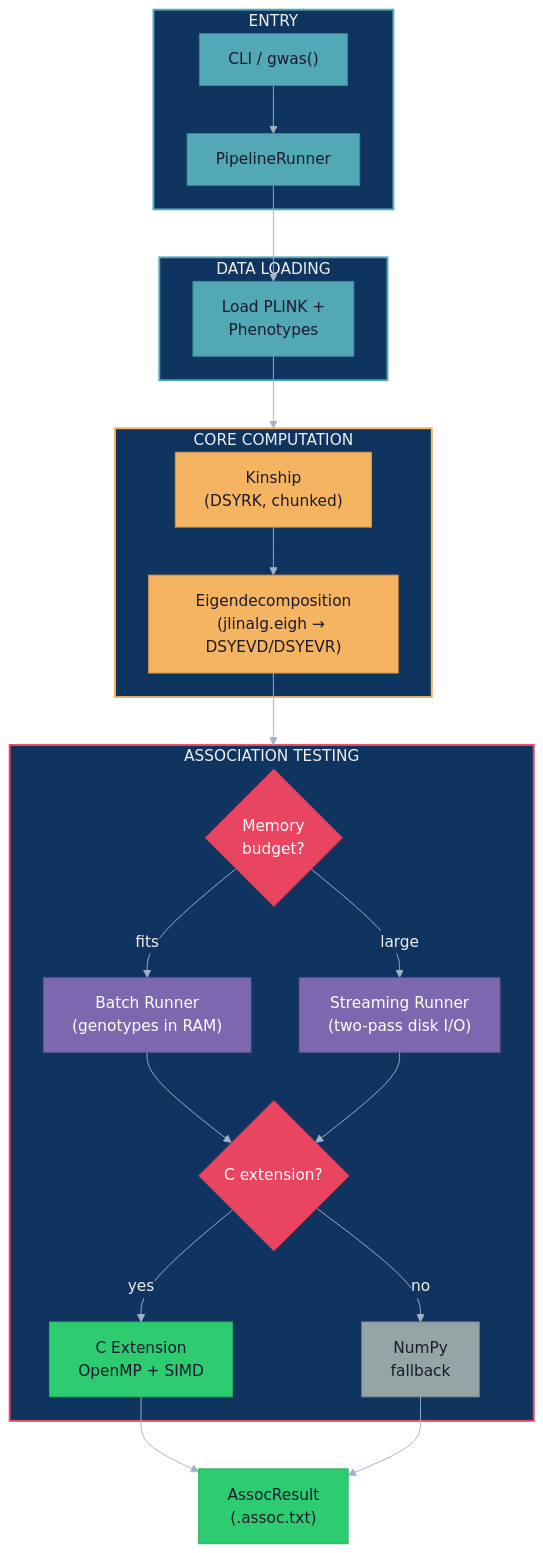
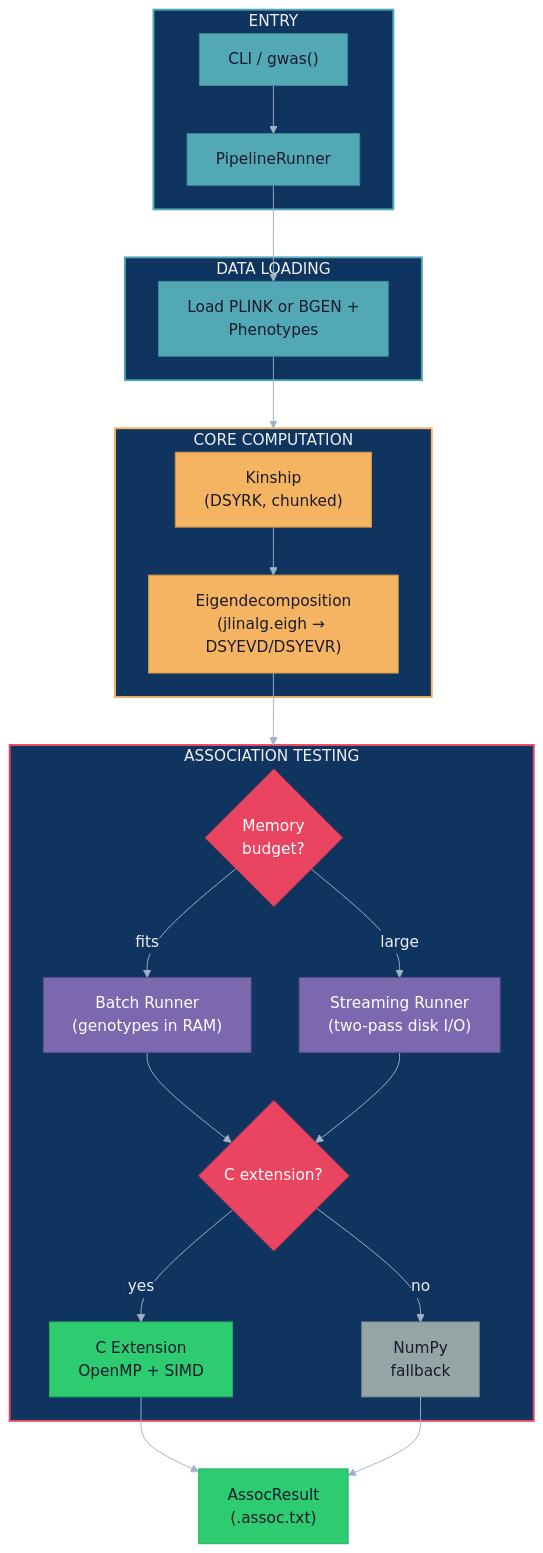
Before and after one commit to michael-denyer/jamma: the diagram in README.md, drawn with Mermaid. The commit also changed other lines of this file and 11 other files, not shown here.

````diff
--- a/README.md
+++ b/README.md
@@ -258,69 +259,69 @@
 ```mermaid
 ---
 config:
   theme: base
   themeVariables:
     lineColor: "#9fb3c8"
     primaryTextColor: "#eeeeee"
     edgeLabelBackground: "#0f3460"
 ---
 flowchart TD
     subgraph ENTRY["ENTRY"]
         CLI["CLI / gwas()"]
         PIPE["PipelineRunner"]
         CLI --> PIPE
     end
 
     subgraph IO["DATA LOADING"]
-        LOAD["Load PLINK +<br/>Phenotypes"]
+        LOAD["Load PLINK or BGEN +<br/>Phenotypes"]
     end
 
     subgraph CORE["CORE COMPUTATION"]
         KIN["Kinship<br/>(DSYRK, chunked)"]
         EIG["Eigendecomposition<br/>(jlinalg.eigh → DSYEVD/DSYEVR)"]
         KIN --> EIG
     end
 
     subgraph ASSOC["ASSOCIATION TESTING"]
         MEM{"Memory<br/>budget?"}
         NP["Batch Runner<br/>(genotypes in RAM)"]
         NPS["Streaming Runner<br/>(two-pass disk I/O)"]
         CEXT{"C extension?"}
         C["C Extension<br/>OpenMP + SIMD"]
         PY["NumPy<br/>fallback"]
         MEM -->|fits| NP
         MEM -->|large| NPS
         NP --> CEXT
         NPS --> CEXT
         CEXT -->|yes| C
         CEXT -->|no| PY
     end
 
     RES["AssocResult<br/>(.assoc.txt)"]
 
     PIPE --> LOAD --> CORE
     EIG --> ASSOC
     C --> RES
     PY --> RES
 
     style ENTRY fill:#0f3460,stroke:#53a8b6,color:#eee,stroke-width:2px
     style IO fill:#0f3460,stroke:#53a8b6,color:#eee,stroke-width:2px
     style CORE fill:#0f3460,stroke:#f5b461,color:#eee,stroke-width:2px
     style ASSOC fill:#0f3460,stroke:#e94560,color:#eee,stroke-width:2px
 
     style CLI fill:#53a8b6,stroke:#3d8a96,color:#1a1a2e
     style PIPE fill:#53a8b6,stroke:#3d8a96,color:#1a1a2e
     style LOAD fill:#53a8b6,stroke:#3d8a96,color:#1a1a2e
 
     style KIN fill:#f5b461,stroke:#d4943f,color:#1a1a2e
     style EIG fill:#f5b461,stroke:#d4943f,color:#1a1a2e
 
     style MEM fill:#e94560,stroke:#c73550,color:#fff
     style NP fill:#7b68ae,stroke:#5a4d8a,color:#fff
     style NPS fill:#7b68ae,stroke:#5a4d8a,color:#fff
     style CEXT fill:#e94560,stroke:#c73550,color:#fff
     style C fill:#2ecc71,stroke:#27ae60,color:#1a1a2e
     style PY fill:#95a5a6,stroke:#7f8c8d,color:#1a1a2e
 
     style RES fill:#2ecc71,stroke:#27ae60,color:#1a1a2e
 ```
````
